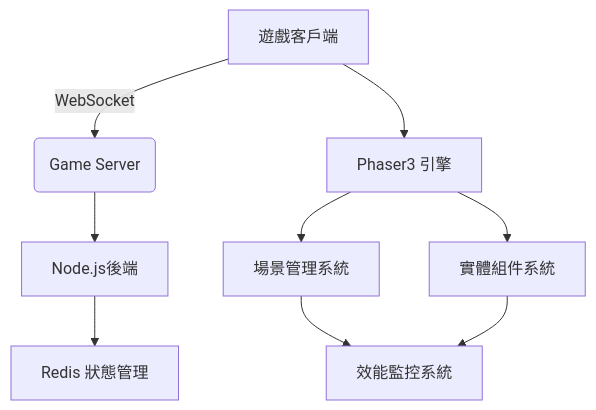
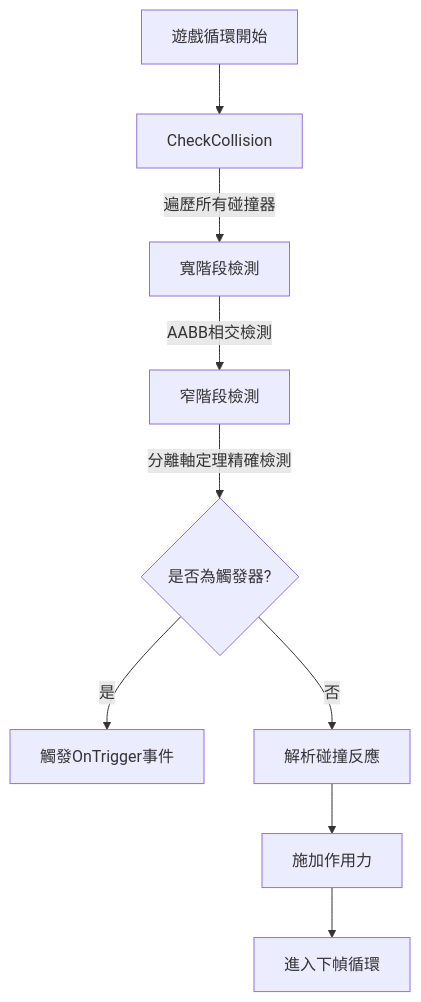
Before and after one commit to ainlee/Raiden: the fourth of 5 diagrams in spec.md, drawn with Mermaid. The commit also changed other lines of this file and 3684 other files, not shown here.

````diff
--- a/spec.md
+++ b/spec.md
@@ -59,11 +78,11 @@
 ```mermaid
-graph TD
-    A[遊戲客戶端] -->|WebSocket| B(Game Server)
-    A --> C[Phaser3 引擎]
-    C --> D[場景管理系統]
-    C --> E[實體組件系統]
-    B --> F[Node.js後端]
-    F --> G[Redis 狀態管理]
-    D --> H[效能監控系統]
-    E --> H
+flowchart TD
+    Start[遊戲循環開始] --> CheckCollision
+    CheckCollision -->|遍歷所有碰撞器| BroadPhase[寬階段檢測]
+    BroadPhase -->|AABB相交檢測| NarrowPhase[窄階段檢測]
+    NarrowPhase -->|分離軸定理精確檢測| TriggerCheck{是否為觸發器?}
+    TriggerCheck -->|是| FireEvent[觸發OnTrigger事件]
+    TriggerCheck -->|否| Resolve[解析碰撞反應]
+    Resolve --> ApplyForce[施加作用力]
+    ApplyForce --> End[進入下幀循環]
 ```
````
